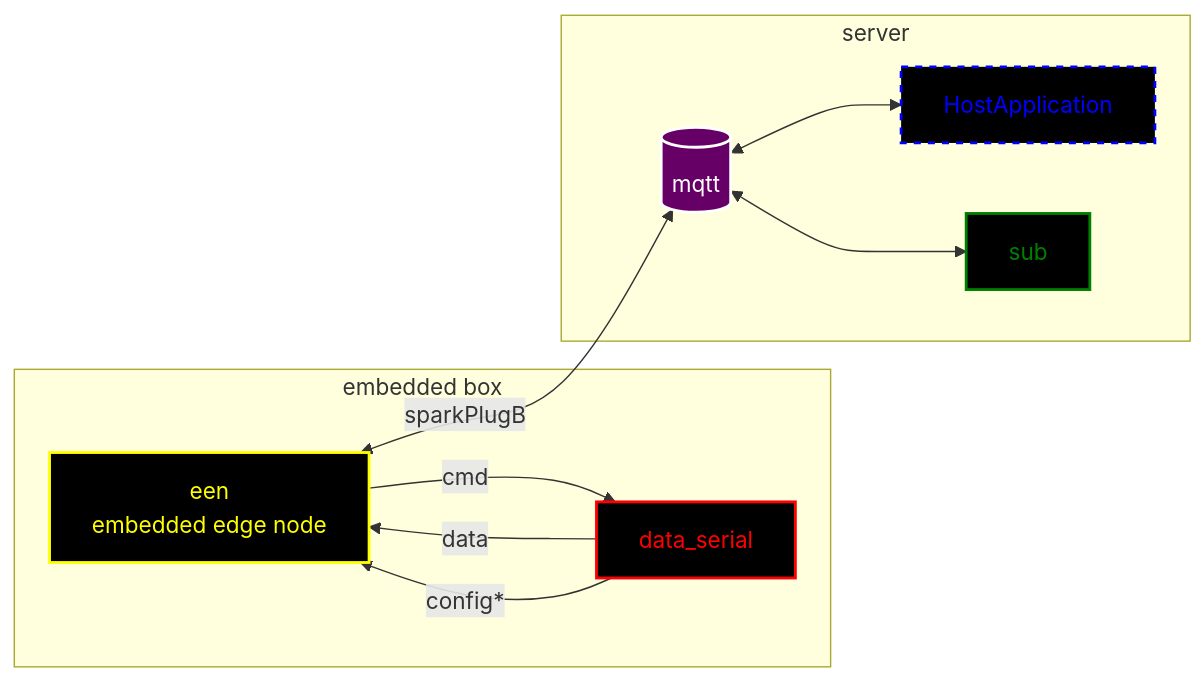
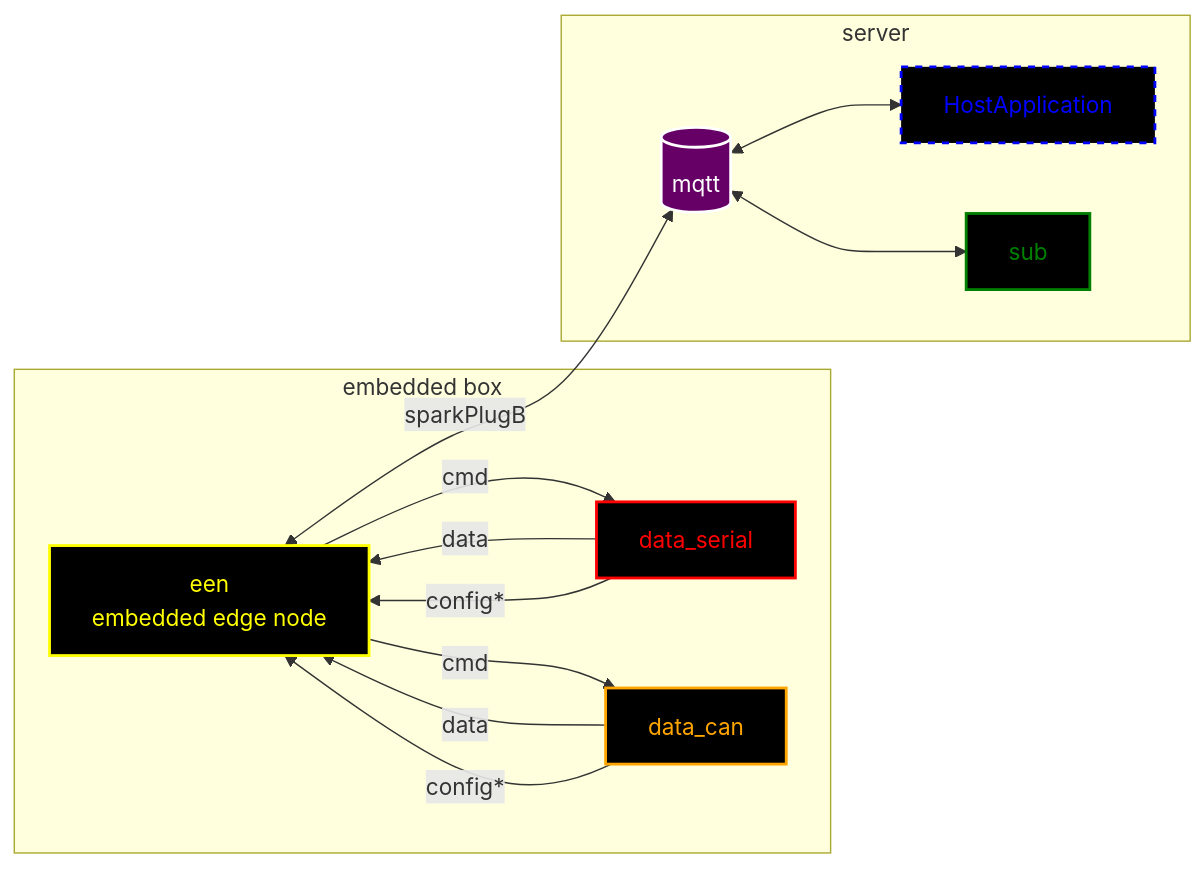
One commit to DJTakushi/spbd changed the diagram in README.md. Above: the diagram before and after it, drawn with Mermaid.

Commit message:
second data_can module

````diff
--- a/README.md
+++ b/README.md
@@ -17,22 +17,27 @@
 ```mermaid
 flowchart LR
   subgraph embedded box
     een[een <br>embedded edge node]
     data_serial --data--> een
     data_serial --config*--> een
     een --cmd--> data_serial
 
+    data_can --data--> een
+    data_can --config*--> een
+    een --cmd--> data_can
+
     style data_serial fill:black,stroke:red,stroke-width:2px,color:red
+    style data_can fill:black,stroke:orange,stroke-width:2px,color:orange
     style een fill:black,stroke:yellow,stroke-width:2px,color:yellow
   end
 
   subgraph server
     mqtt <--> HostApplication
     een  <--sparkPlugB--> mqtt[(mqtt)] <--> sub
 
     style mqtt fill:#660066,stroke:#fff,stroke-width:2px,color:#fff
     style sub fill:black,stroke:green,stroke-width:2px,color:green
 
     style HostApplication fill:black,stroke:blue,stroke-width:2px,color:blue,stroke-dasharray: 5 5
   end
 ```
````
